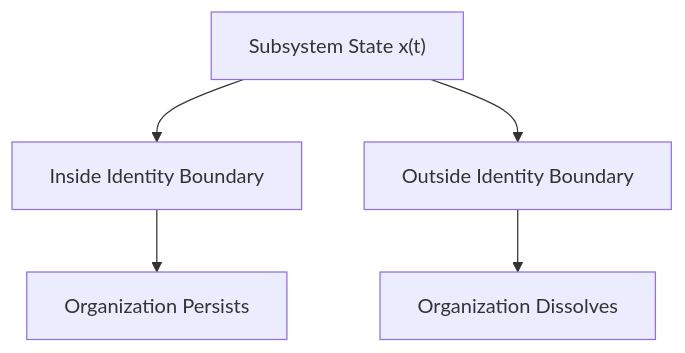
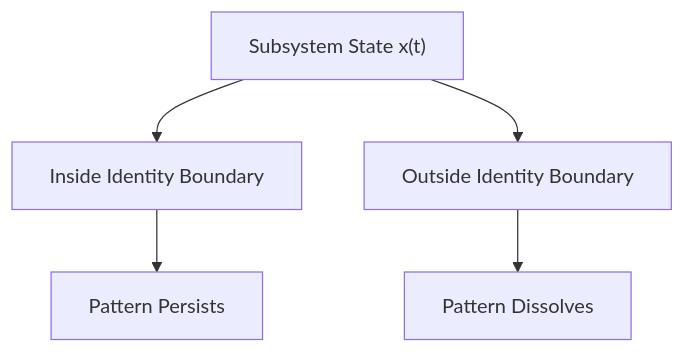
One commit to CuriousOne23/WhenMathPrays changed the fourth of 6 diagrams in docs/dynamic-information.md. Above: the diagram before and after it, drawn with Mermaid. The commit also changed other lines of this file, not shown here.

````diff
--- a/docs/dynamic-information.md
+++ b/docs/dynamic-information.md
@@ -1041,11 +1000,11 @@
 ```mermaid
 flowchart TD
     A["Subsystem State x(t)"]
     B["Inside Identity Boundary"]
-    C["Organization Persists"]
+    C["Pattern Persists"]
     D["Outside Identity Boundary"]
-    E["Organization Dissolves"]
+    E["Pattern Dissolves"]
 
     A --> B --> C
     A --> D --> E
 ```
````
